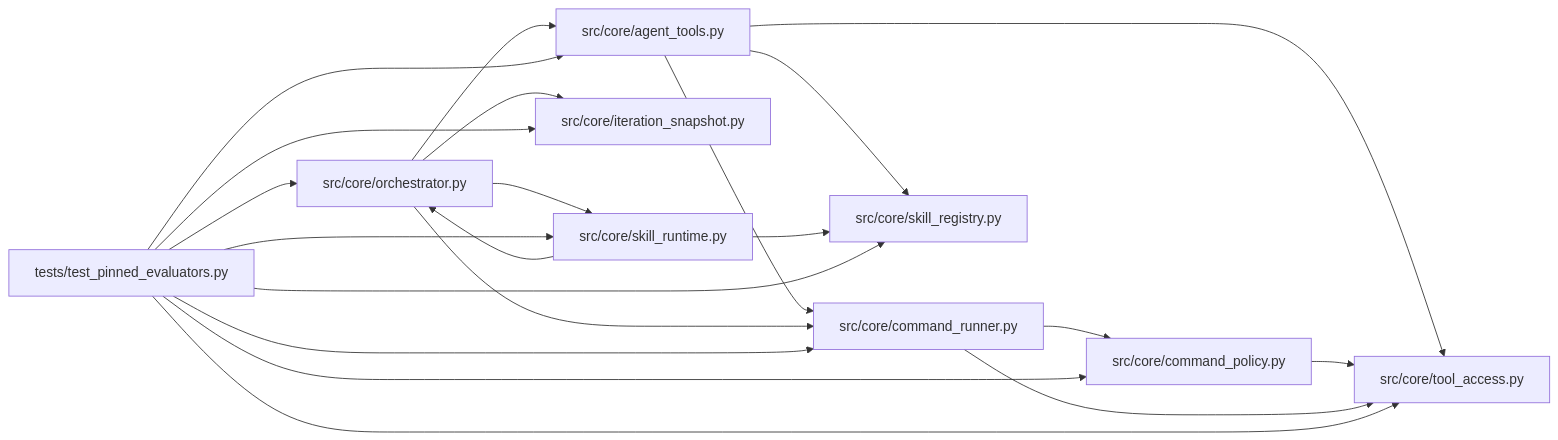
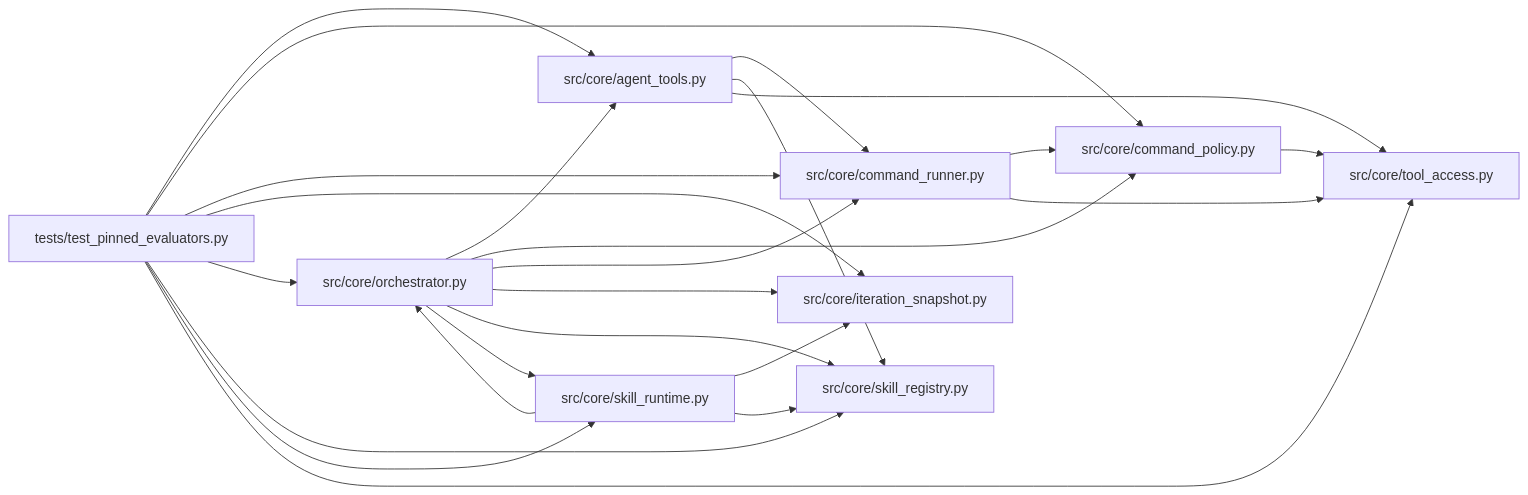
The diagram in docs/llm_wiki/modules/test_pinned_evaluators.md (Denissvgn/autoresearch-agent), drawn with Mermaid before and after one commit. The commit also changed 1033 other files, not shown here.

````diff
--- a/docs/llm_wiki/modules/test_pinned_evaluators.md
+++ b/docs/llm_wiki/modules/test_pinned_evaluators.md
@@ -37,41 +37,44 @@
 ```mermaid
 flowchart LR
     n0["src/core/agent_tools.py"]
     n1["src/core/command_policy.py"]
     n2["src/core/command_runner.py"]
     n3["src/core/iteration_snapshot.py"]
     n4["src/core/orchestrator.py"]
     n5["src/core/skill_registry.py"]
     n6["src/core/skill_runtime.py"]
     n7["src/core/tool_access.py"]
     n8["tests/test_pinned_evaluators.py"]
     n0 --> n2
     n0 --> n5
     n0 --> n7
     n1 --> n7
     n2 --> n1
     n2 --> n7
     n4 --> n0
+    n4 --> n1
     n4 --> n2
     n4 --> n3
+    n4 --> n5
     n4 --> n6
+    n6 --> n3
     n6 --> n4
     n6 --> n5
     n8 --> n0
     n8 --> n1
     n8 --> n2
     n8 --> n3
     n8 --> n4
     n8 --> n5
     n8 --> n6
     n8 --> n7
     click n0 "../modules/agent_tools.md"
     click n1 "../modules/command_policy.md"
     click n2 "../modules/command_runner.md"
     click n3 "../modules/iteration_snapshot.md"
     click n4 "../modules/orchestrator.md"
     click n5 "../modules/skill_registry.md"
     click n6 "../modules/skill_runtime.md"
     click n7 "../modules/tool_access.md"
     click n8 "../modules/test_pinned_evaluators.md"
 ```
````
